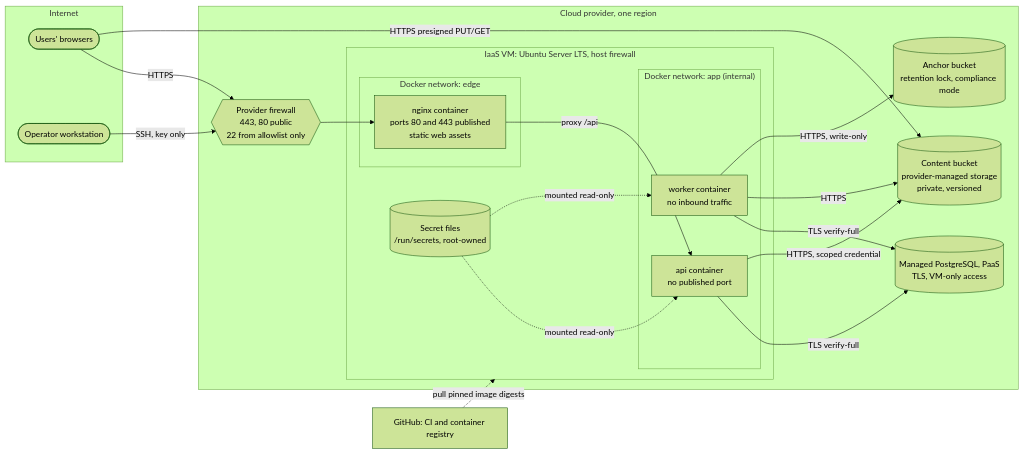
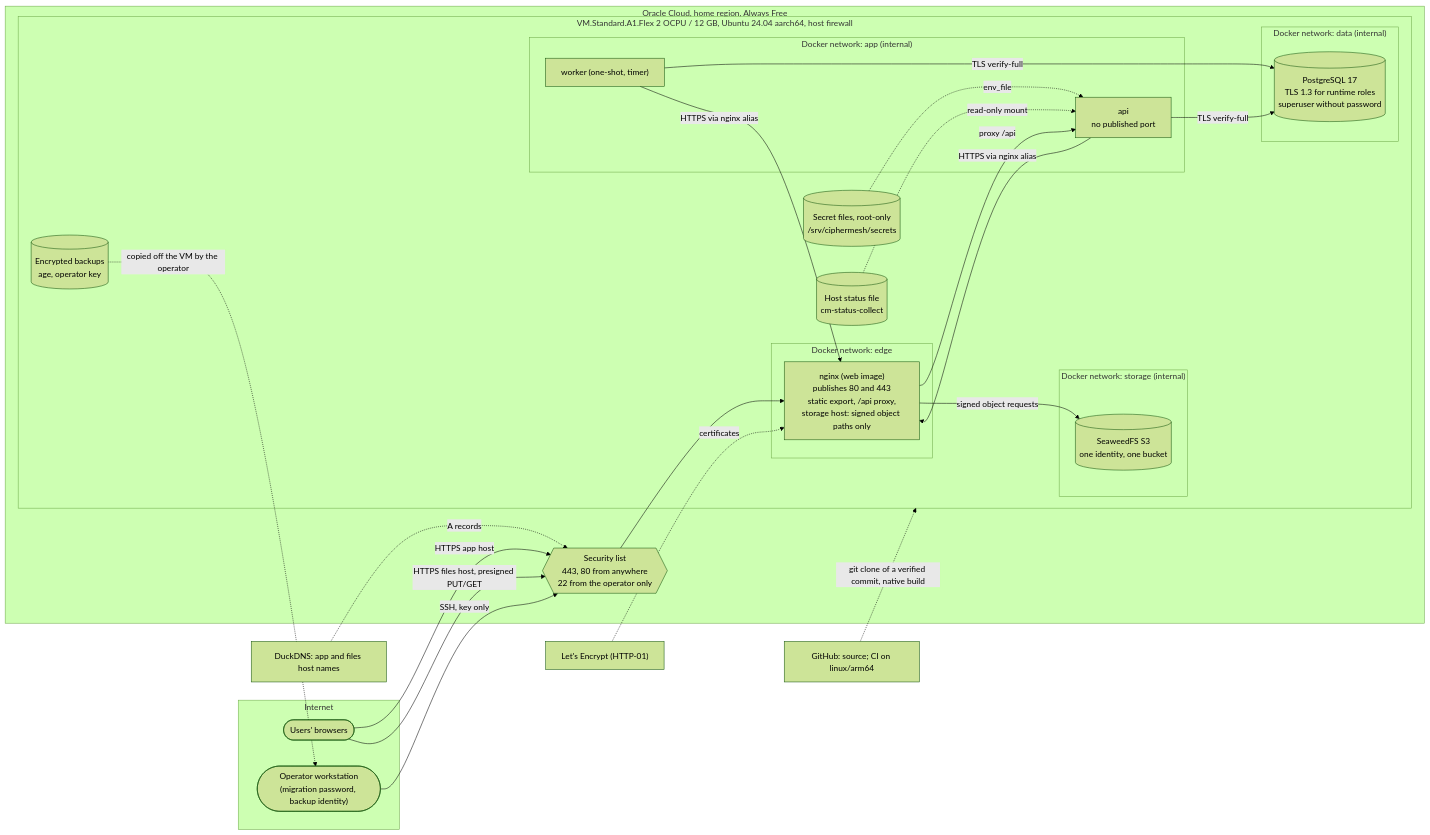
One commit to mhmmdimanquliyev7-dot/CipherMesh changed the diagram in docs/cloud/deployment-architecture.md. Above: the diagram before and after it, drawn with Mermaid (forest theme). The commit also changed other lines of this file and 53 other files, not shown here.

````diff
--- a/docs/cloud/deployment-architecture.md
+++ b/docs/cloud/deployment-architecture.md
@@ -7,36 +7,46 @@
 ```mermaid
 flowchart LR
   subgraph Internet
     USR(["Users' browsers"])
-    ADM(["Operator workstation"])
+    ADM(["Operator workstation<br/>(migration password, backup identity)"])
   end
-  subgraph Cloud["Cloud provider, one region"]
-    FW{{"Provider firewall<br/>443, 80 public<br/>22 from allowlist only"}}
-    subgraph VM["IaaS VM: Ubuntu Server LTS, host firewall"]
+  DNS["DuckDNS: app and files host names"]
+  LE["Let's Encrypt (HTTP-01)"]
+  subgraph OCI["Oracle Cloud, home region, Always Free"]
+    SL{{"Security list<br/>443, 80 from anywhere<br/>22 from the operator only"}}
+    subgraph VM["VM.Standard.A1.Flex 2 OCPU / 12 GB, Ubuntu 24.04 aarch64, host firewall"]
       subgraph Edge["Docker network: edge"]
-        NGX["nginx container<br/>ports 80 and 443 published<br/>static web assets"]
+        NGX["nginx (web image)<br/>publishes 80 and 443<br/>static export, /api proxy,<br/>storage host: signed object paths only"]
       end
       subgraph App["Docker network: app (internal)"]
-        API["api container<br/>no published port"]
-        WRK["worker container<br/>no inbound traffic"]
+        API["api<br/>no published port"]
+        WRK["worker (one-shot, timer)"]
       end
-      SEC[("Secret files<br/>/run/secrets, root-owned")]
+      subgraph Data["Docker network: data (internal)"]
+        PG[("PostgreSQL 17<br/>TLS 1.3 for runtime roles<br/>superuser without password")]
+      end
+      subgraph Store["Docker network: storage (internal)"]
+        S3[("SeaweedFS S3<br/>one identity, one bucket")]
+      end
+      SEC[("Secret files, root-only<br/>/srv/ciphermesh/secrets")]
+      STAT[("Host status file<br/>cm-status-collect")]
+      BAK[("Encrypted backups<br/>age, operator key")]
     end
-    PG[("Managed PostgreSQL, PaaS<br/>TLS, VM-only access")]
-    OBJ[("Content bucket<br/>provider-managed storage<br/>private, versioned")]
-    ANC[("Anchor bucket<br/>retention lock, compliance mode")]
   end
-  GH["GitHub: CI and container registry"]
-  USR -- "HTTPS" --> FW --> NGX
-  ADM -- "SSH, key only" --> FW
+  GH["GitHub: source; CI on linux/arm64"]
+  USR -- "HTTPS app host" --> SL --> NGX
+  USR -- "HTTPS files host, presigned PUT/GET" --> SL
+  ADM -- "SSH, key only" --> SL
   NGX -- "proxy /api" --> API
+  NGX -- "signed object requests" --> S3
   API -- "TLS verify-full" --> PG
   WRK -- "TLS verify-full" --> PG
-  API -- "HTTPS, scoped credential" --> OBJ
-  WRK -- "HTTPS" --> OBJ
-  WRK -- "HTTPS, write-only" --> ANC
-  USR -- "HTTPS presigned PUT/GET" --> OBJ
-  SEC -. "mounted read-only" .-> API
-  SEC -. "mounted read-only" .-> WRK
-  GH -. "pull pinned image digests" .-> VM
+  API -- "HTTPS via nginx alias" --> NGX
+  WRK -- "HTTPS via nginx alias" --> NGX
+  SEC -. "env_file" .-> API
+  STAT -. "read-only mount" .-> API
+  GH -. "git clone of a verified commit, native build" .-> VM
+  BAK -. "copied off the VM by the operator" .-> ADM
+  DNS -. "A records" .-> SL
+  LE -. "certificates" .-> NGX
 ```
````
